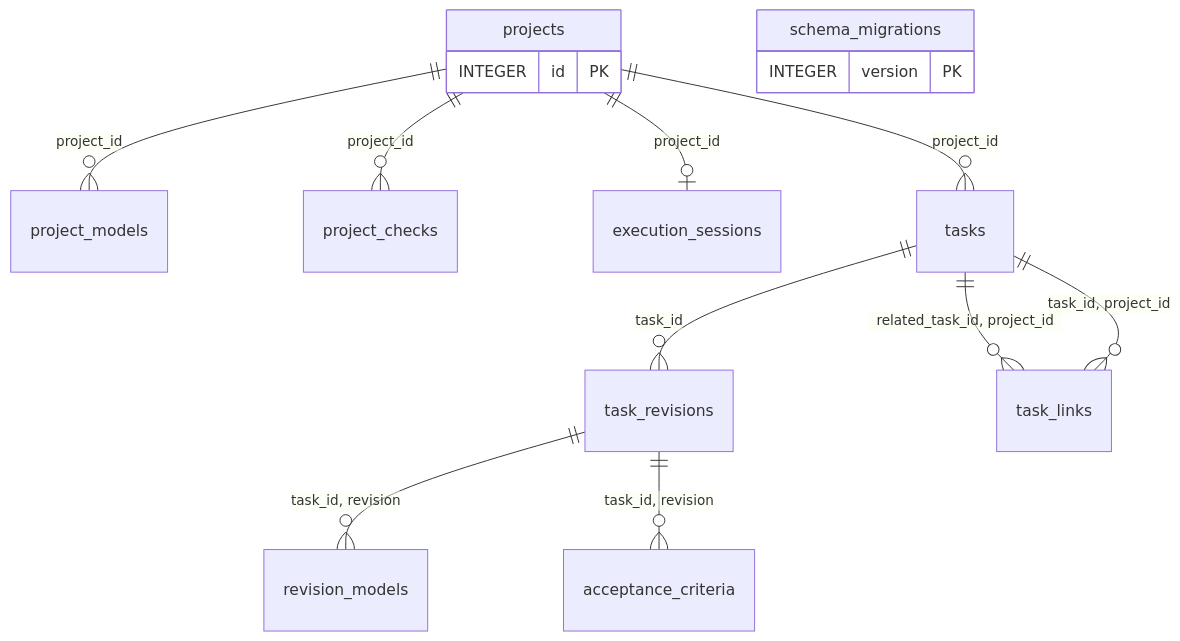
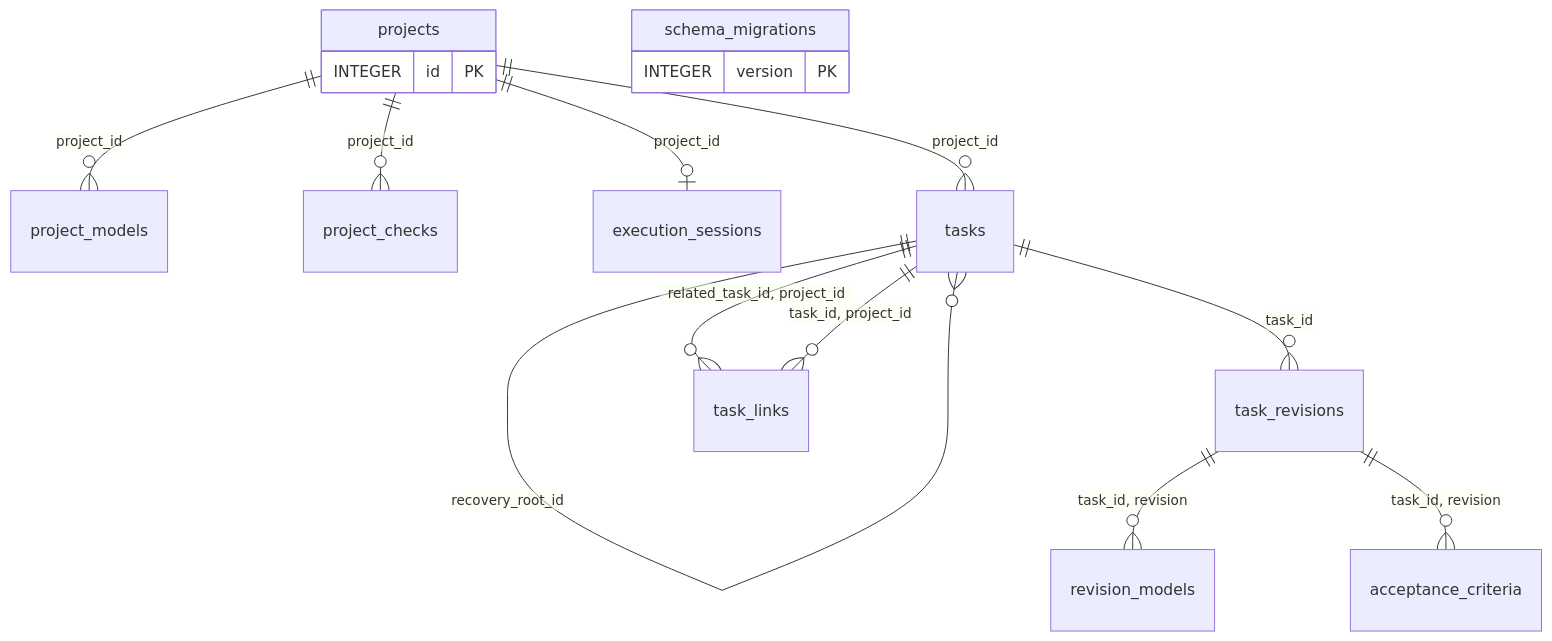
One commit to IllyaYalovyy/ktask-rs changed the first of 3 diagrams in docs/STORAGE.md. Above: the diagram before and after it, drawn with Mermaid. The commit also changed other lines of this file and 19 other files, not shown here.

````diff
--- a/docs/STORAGE.md
+++ b/docs/STORAGE.md
@@ -82,18 +89,19 @@
 ```mermaid
 erDiagram
     projects {
         INTEGER id PK
     }
     projects ||--o{ project_models : "project_id"
     projects ||--o{ project_checks : "project_id"
     projects ||--o| execution_sessions : "project_id"
     projects ||--o{ tasks : "project_id"
+    tasks ||--o{ tasks : "recovery_root_id"
     tasks ||--o{ task_revisions : "task_id"
     task_revisions ||--o{ revision_models : "task_id, revision"
     task_revisions ||--o{ acceptance_criteria : "task_id, revision"
     tasks ||--o{ task_links : "related_task_id, project_id"
     tasks ||--o{ task_links : "task_id, project_id"
     schema_migrations {
         INTEGER version PK
     }
 ```
````
